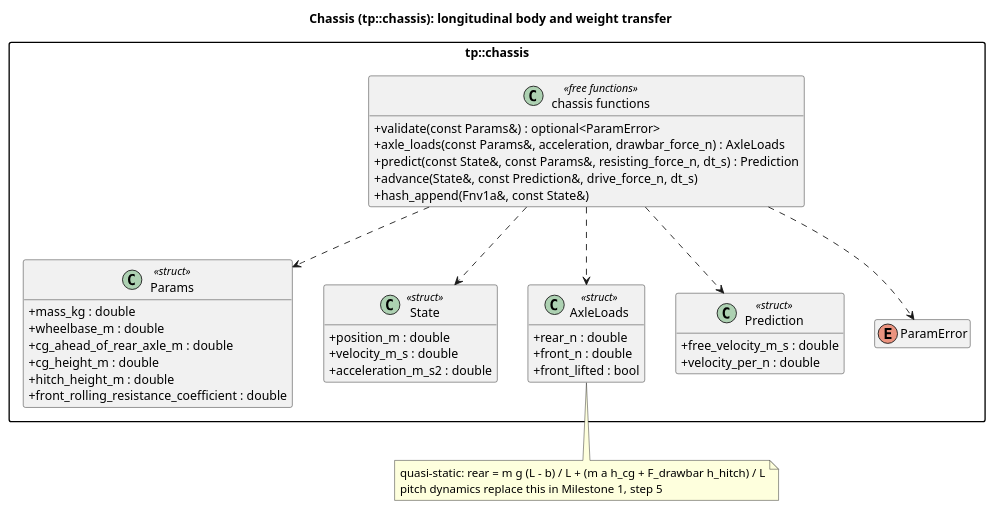
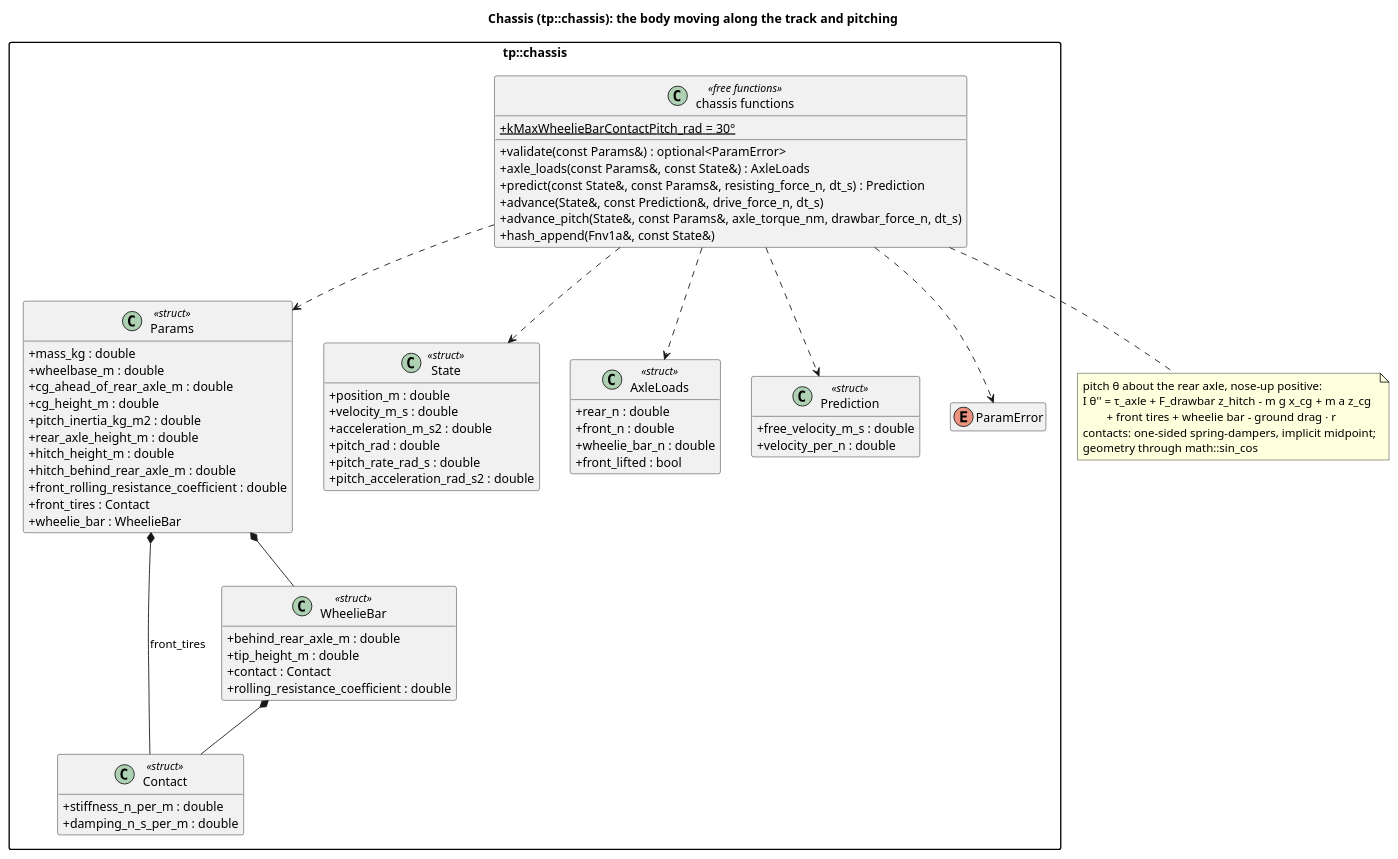
The diagram in docs/diagrams/chassis_classes.puml (wversteeg/TractorPulling), drawn with PlantUML before and after one commit. The commit also changed 11 other files, not shown here.

First line of the commit message:
Document pitch: diagrams, conventions and architecture

```diff
--- a/docs/diagrams/chassis_classes.puml
+++ b/docs/diagrams/chassis_classes.puml
@@ -1,48 +1,75 @@
 @startuml chassis_classes
-title Chassis (tp::chassis): longitudinal body and weight transfer
+title Chassis (tp::chassis): the body moving along the track and pitching
 hide empty members
 skinparam packageStyle rectangle
 skinparam classAttributeIconSize 0
 
 package "tp::chassis" {
   class Params <<struct>> {
     +mass_kg : double
     +wheelbase_m : double
     +cg_ahead_of_rear_axle_m : double
     +cg_height_m : double
+    +pitch_inertia_kg_m2 : double
+    +rear_axle_height_m : double
     +hitch_height_m : double
+    +hitch_behind_rear_axle_m : double
     +front_rolling_resistance_coefficient : double
+    +front_tires : Contact
+    +wheelie_bar : WheelieBar
+  }
+  class Contact <<struct>> {
+    +stiffness_n_per_m : double
+    +damping_n_s_per_m : double
+  }
+  class WheelieBar <<struct>> {
+    +behind_rear_axle_m : double
+    +tip_height_m : double
+    +contact : Contact
+    +rolling_resistance_coefficient : double
   }
   class State <<struct>> {
     +position_m : double
     +velocity_m_s : double
     +acceleration_m_s2 : double
+    +pitch_rad : double
+    +pitch_rate_rad_s : double
+    +pitch_acceleration_rad_s2 : double
   }
   class AxleLoads <<struct>> {
     +rear_n : double
     +front_n : double
+    +wheelie_bar_n : double
     +front_lifted : bool
   }
   class Prediction <<struct>> {
     +free_velocity_m_s : double
     +velocity_per_n : double
   }
   enum ParamError
   class "chassis functions" as ChassisFns <<free functions>> {
+    +{static} kMaxWheelieBarContactPitch_rad = 30°
     +validate(const Params&) : optional<ParamError>
-    +axle_loads(const Params&, acceleration, drawbar_force_n) : AxleLoads
+    +axle_loads(const Params&, const State&) : AxleLoads
     +predict(const State&, const Params&, resisting_force_n, dt_s) : Prediction
     +advance(State&, const Prediction&, drive_force_n, dt_s)
+    +advance_pitch(State&, const Params&, axle_torque_nm, drawbar_force_n, dt_s)
     +hash_append(Fnv1a&, const State&)
   }
+  Params *-- Contact : front_tires
+  Params *-- WheelieBar
+  WheelieBar *-- Contact
   ChassisFns ..> Params
   ChassisFns ..> State
   ChassisFns ..> AxleLoads
   ChassisFns ..> Prediction
   ChassisFns ..> ParamError
 }
-note bottom of AxleLoads
-  quasi-static: rear = m g (L - b) / L + (m a h_cg + F_drawbar h_hitch) / L
-  pitch dynamics replace this in Milestone 1, step 5
+note bottom of ChassisFns
+  pitch θ about the rear axle, nose-up positive:
+  I θ'' = τ_axle + F_drawbar z_hitch - m g x_cg + m a z_cg
+          + front tires + wheelie bar - ground drag · r
+  contacts: one-sided spring-dampers, implicit midpoint;
+  geometry through math::sin_cos
 end note
 @enduml
```
